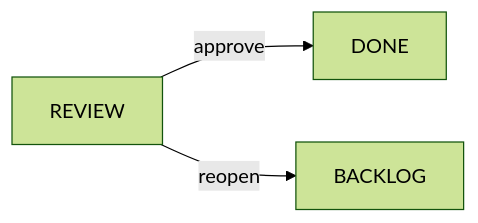
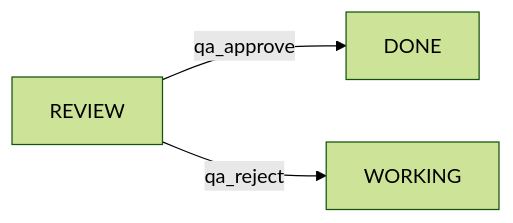
Before and after one commit to yaront1111/Moe-s-Tavern: the first of 2 diagrams in docs/agents/REVIEWER.md, drawn with Mermaid (forest theme). The commit also changed other lines of this file and 25 other files, not shown here.

````diff
--- a/docs/agents/REVIEWER.md
+++ b/docs/agents/REVIEWER.md
@@ -14,5 +19,5 @@
 ```mermaid
 graph LR
-    R[REVIEW] -->|approve| D[DONE]
-    R -->|reopen| B[BACKLOG]
+    R[REVIEW] -->|qa_approve| D[DONE]
+    R -->|qa_reject| W[WORKING]
 ```
````
